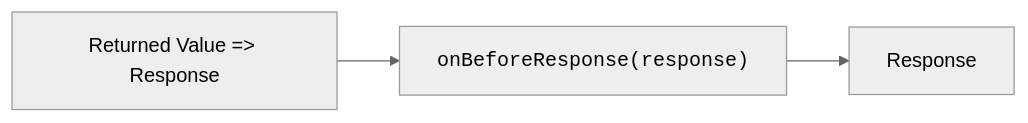
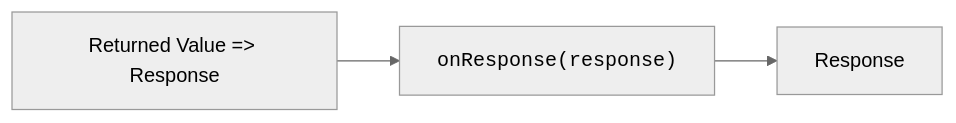
The fourth of 4 diagrams in docs/1.guide/1.basics/1.lifecycle.md (zhcndoc/h3), drawn with Mermaid before and after one commit. The commit also changed other lines of this file and 7 other files, not shown here.

Commit message:
refactor: `onBeforeResponse` => `onResponse` (#1094)

````diff
--- a/docs/1.guide/1.basics/1.lifecycle.md
+++ b/docs/1.guide/1.basics/1.lifecycle.md
@@ -60,8 +60,8 @@
 ```mermaid
 %%{init: {'theme':'neutral'}}%%
 flowchart LR
- D1["Returned Value => Response"] --> D2["<code>onBeforeResponse(response)</code>"] --> D3["Response"]
+ D1["Returned Value => Response"] --> D2["<code>onResponse(response)</code>"] --> D3["Response"]
 
 click D1 "/guide/basics/response"
 click D2 "/guide/api/h3#global-hooks"
 ```
````
